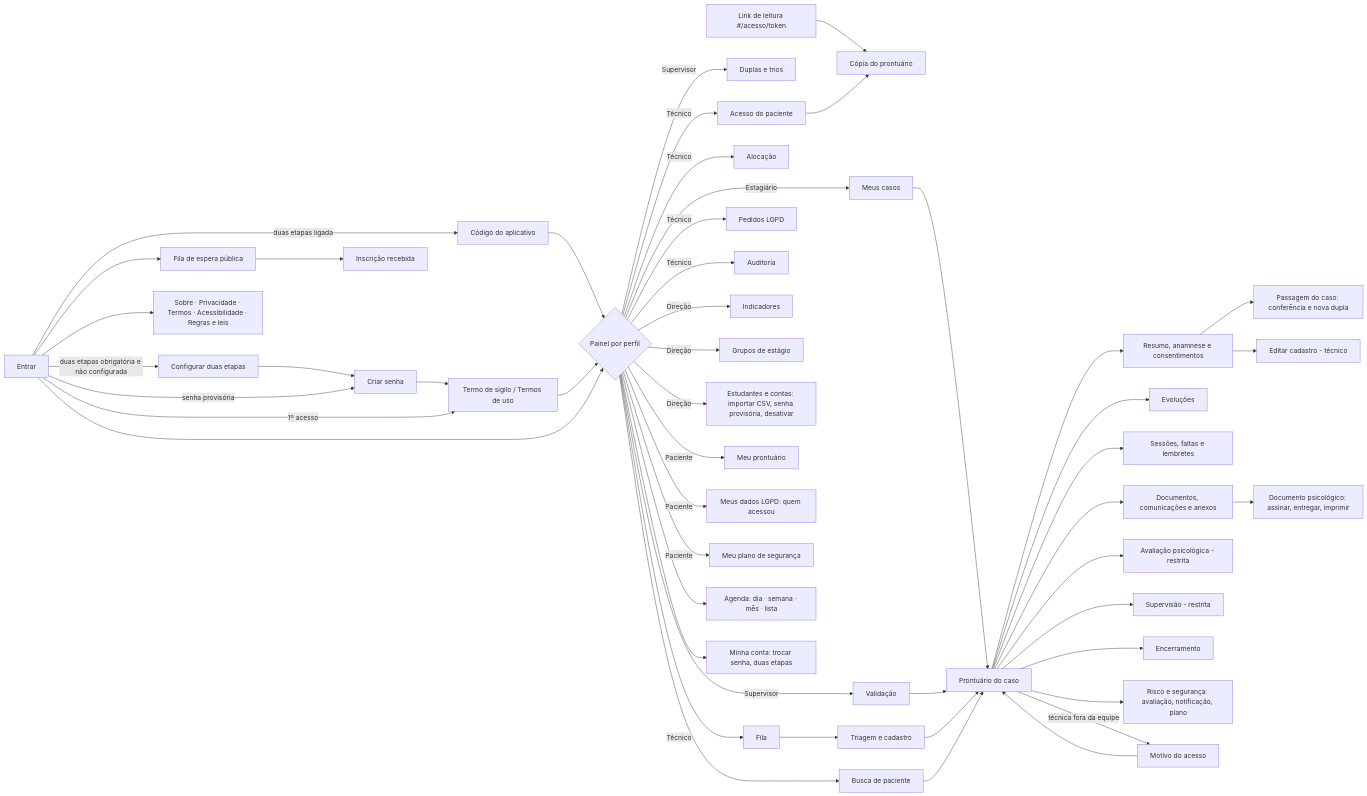
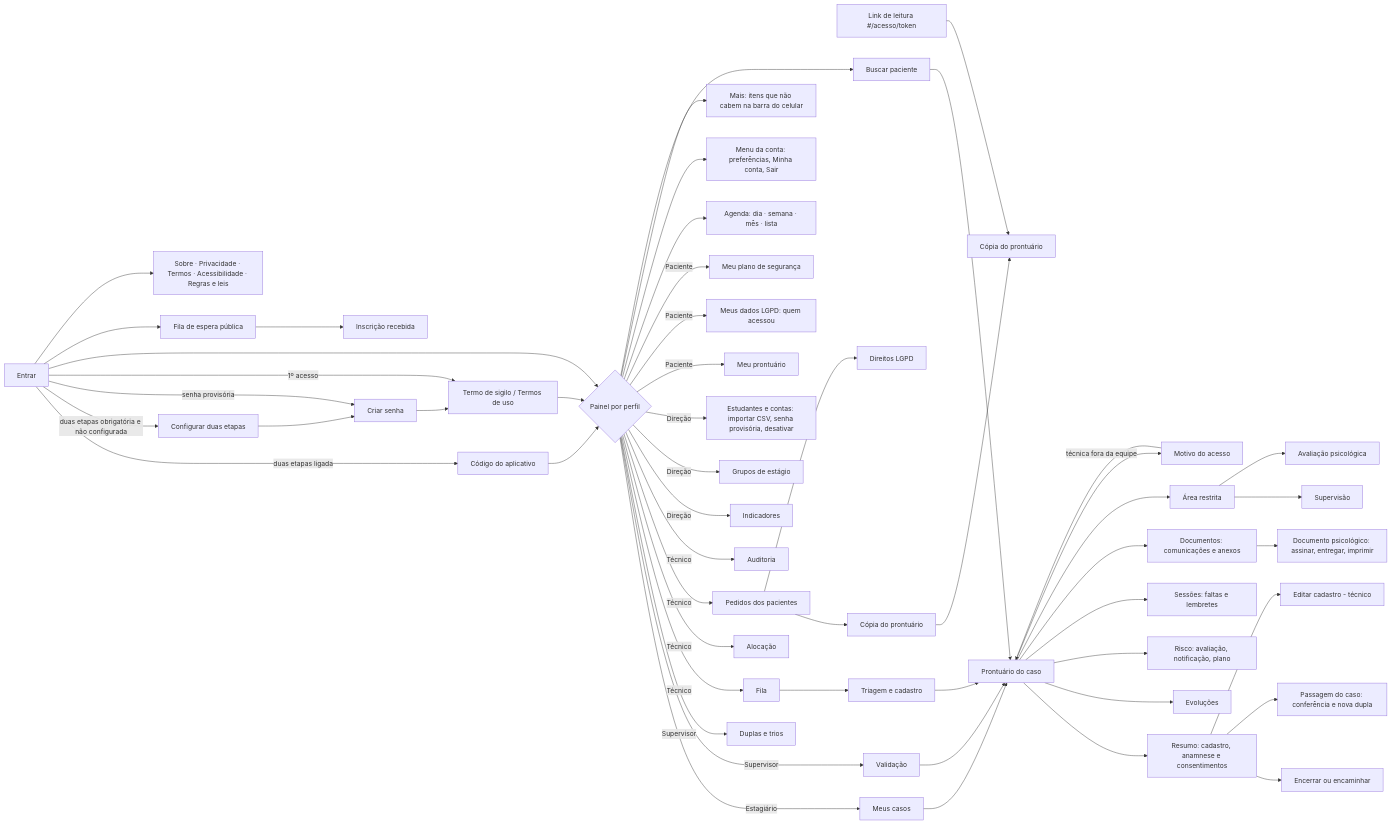
The second of 3 diagrams in docs/diagramas.md (isaacjesusjj/prontuario-eletronico), drawn with Mermaid before and after one commit. The commit also changed other lines of this file and 41 other files, not shown here.

````diff
--- a/docs/diagramas.md
+++ b/docs/diagramas.md
@@ -331,41 +331,44 @@
 ```mermaid
 flowchart LR
     E[Entrar] -->|duas etapas ligada| CD[Código do aplicativo] --> P
     E -->|duas etapas obrigatória e não configurada| CM[Configurar duas etapas] --> TS
     E -->|senha provisória| TS[Criar senha] --> TM
     E -->|1º acesso| TM[Termo de sigilo / Termos de uso] --> P
     E --> P{Painel por perfil}
     E --> FI[Fila de espera pública] --> FO[Inscrição recebida]
     E --> L[Sobre · Privacidade · Termos · Acessibilidade · Regras e leis]
     LK[Link de leitura #/acesso/token] --> CP[Cópia do prontuário]
 
     P -->|Estagiário| C[Meus casos] --> CA[Prontuário do caso]
     P -->|Supervisor| V[Validação] --> CA
     P -->|Supervisor| D[Duplas e trios]
     P -->|Técnico| F[Fila] --> T[Triagem e cadastro] --> CA
     P -->|Técnico| AL[Alocação]
-    P -->|Técnico| AP[Acesso do paciente] --> CP
-    P -->|Técnico| LG[Pedidos LGPD]
+    P -->|Técnico| PE[Pedidos dos pacientes]
+    PE --> AP[Cópia do prontuário] --> CP
+    PE --> LG[Direitos LGPD]
     P -->|Técnico| AU[Auditoria]
     P -->|Direção| IN[Indicadores]
     P -->|Direção| GE[Grupos de estágio]
     P -->|Direção| ES[Estudantes e contas: importar CSV, senha provisória, desativar]
     P -->|Paciente| MP[Meu prontuário]
     P -->|Paciente| MD[Meus dados LGPD: quem acessou]
     P -->|Paciente| PS[Meu plano de segurança]
     P --> AG[Agenda: dia · semana · mês · lista]
-    P --> MC[Minha conta: trocar senha, duas etapas]
-    P --> BU[Busca de paciente] --> CA
+    P --> MC[Menu da conta: preferências, Minha conta, Sair]
+    P --> MA[Mais: itens que não cabem na barra do celular]
+    P --> BU[Buscar paciente] --> CA
 
-    CA --> R1[Resumo, anamnese e consentimentos]
+    CA --> R1[Resumo: cadastro, anamnese e consentimentos]
     CA --> R2[Evoluções]
-    CA --> R3[Sessões, faltas e lembretes]
-    CA --> R4[Documentos, comunicações e anexos] --> DP[Documento psicológico: assinar, entregar, imprimir]
-    CA --> R5[Avaliação psicológica - restrita]
-    CA --> R6[Supervisão - restrita]
-    CA --> R7[Encerramento]
-    CA --> R8[Risco e segurança: avaliação, notificação, plano]
+    CA --> R8[Risco: avaliação, notificação, plano]
+    CA --> R3[Sessões: faltas e lembretes]
+    CA --> R4[Documentos: comunicações e anexos] --> DP[Documento psicológico: assinar, entregar, imprimir]
+    CA --> RR[Área restrita]
+    RR --> R6[Supervisão]
+    RR --> R5[Avaliação psicológica]
+    R1 --> R7[Encerrar ou encaminhar]
     CA -->|técnica fora da equipe| JM[Motivo do acesso] --> CA
     R1 --> PC[Passagem do caso: conferência e nova dupla]
     R1 --> EC[Editar cadastro - técnico]
 ```
````
